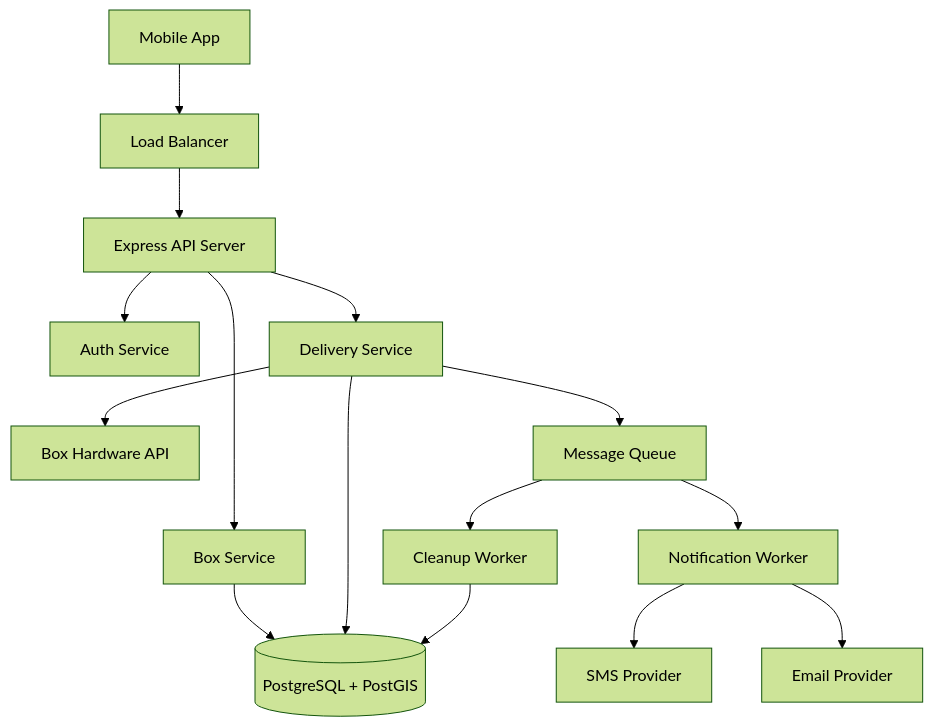
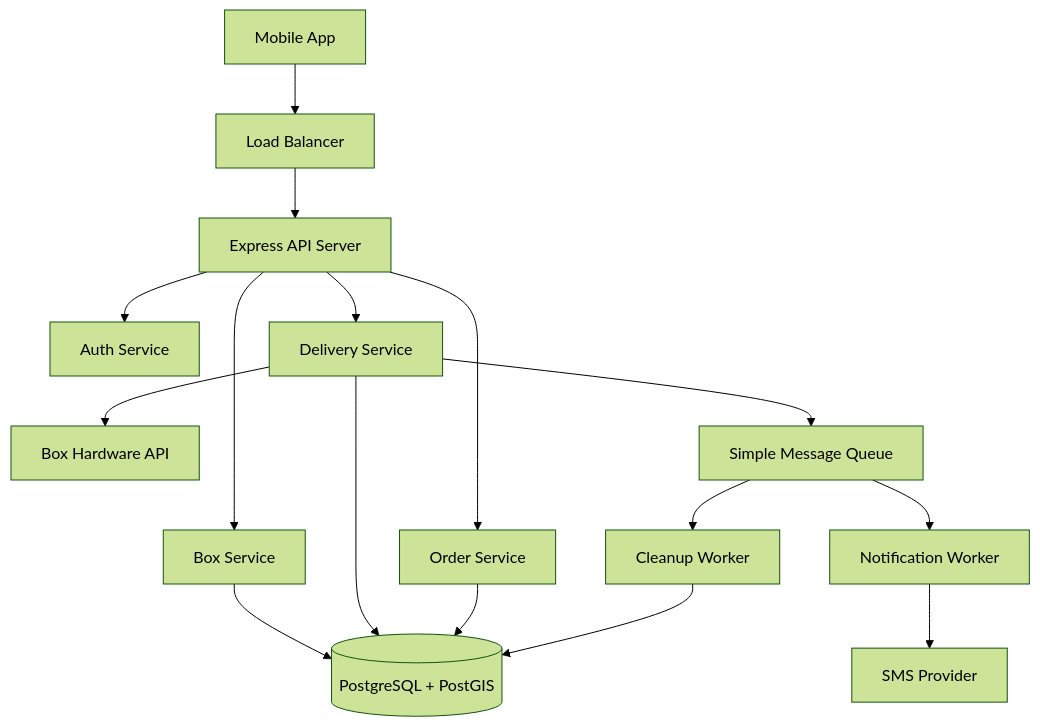
One commit to mashabek/ackee_box changed the first of 5 diagrams in architecture.md. Above: the diagram before and after it, drawn with Mermaid (forest theme). The commit also changed other lines of this file and 2 other files, not shown here.

Commit message:
update readme & architecture

````diff
--- a/architecture.md
+++ b/architecture.md
@@ -36,21 +36,22 @@
 ```mermaid
 graph TB
     App[Mobile App] --> LB[Load Balancer]
     LB --> API[Express API Server]
     API --> Auth[Auth Service]
     API --> Box[Box Service]
     API --> Delivery[Delivery Service]
+    API --> Order[Order Service]
     
     Box --> DB[(PostgreSQL + PostGIS)]
     Delivery --> DB
+    Order --> DB
     Delivery --> BoxHW[Box Hardware API]
     
-    %% Async Messaging (Phase 1)
-    Delivery --> Queue[Message Queue]
+    %% Simple In-Memory Queue (Phase 1)
+    Delivery --> Queue[Simple Message Queue]
     Queue --> NotificationWorker[Notification Worker]
     Queue --> CleanupWorker[Cleanup Worker]
     
     NotificationWorker --> SMS[SMS Provider]
-    NotificationWorker --> Email[Email Provider]
     CleanupWorker --> DB
 ```
````
